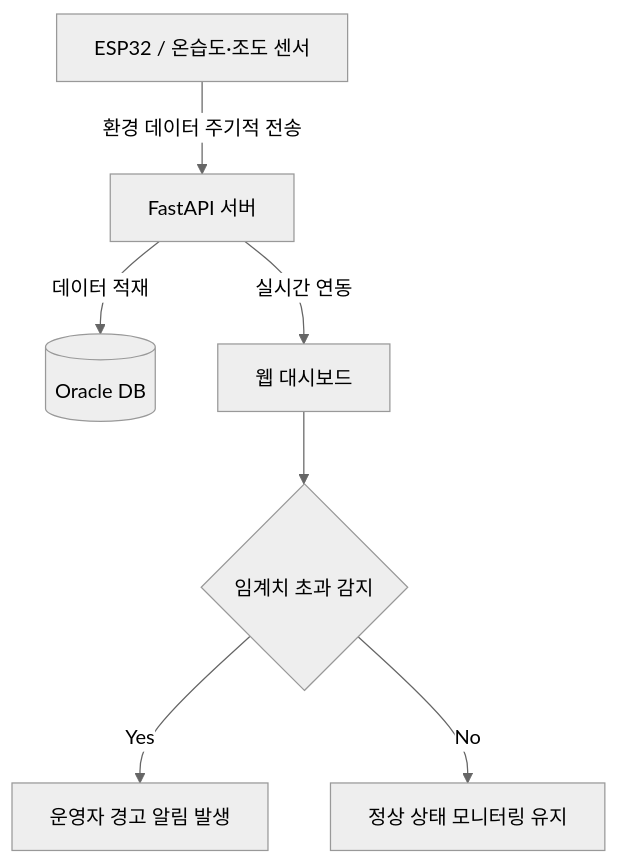
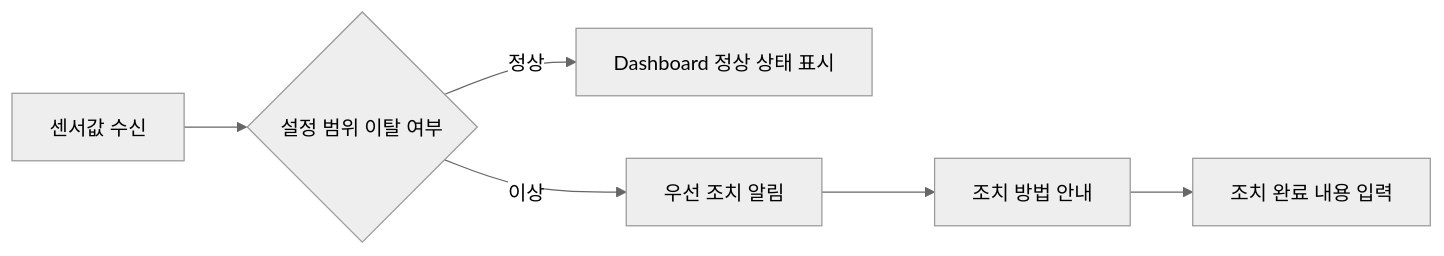
The fourth of 4 diagrams in README.md (PNU-2026-AI-Hackathon/pnuai-b-04-Dalmegg), drawn with Mermaid (neutral theme) before and after one commit. The commit also changed other lines of this file, not shown here.

````diff
--- a/README.md
+++ b/README.md
@@ -196,9 +217,8 @@
 ```mermaid
-flowchart TD
-  S[ESP32 / 온습도·조도 센서] -->|환경 데이터 주기적 전송| B[FastAPI 서버]
-  B -->|데이터 적재| D[(Oracle DB)]
-  B -->|실시간 연동| W[웹 대시보드]
-  W --> C{임계치 초과 감지}
-  C -->|Yes| A[운영자 경고 알림 발생]
-  C -->|No| N[정상 상태 모니터링 유지]
+flowchart LR
+  A[센서값 수신] --> B{설정 범위 이탈 여부}
+  B -->|정상| C[Dashboard 정상 상태 표시]
+  B -->|이상| D[우선 조치 알림]
+  D --> E[조치 방법 안내]
+  E --> F[조치 완료 내용 입력]
 ```
````
